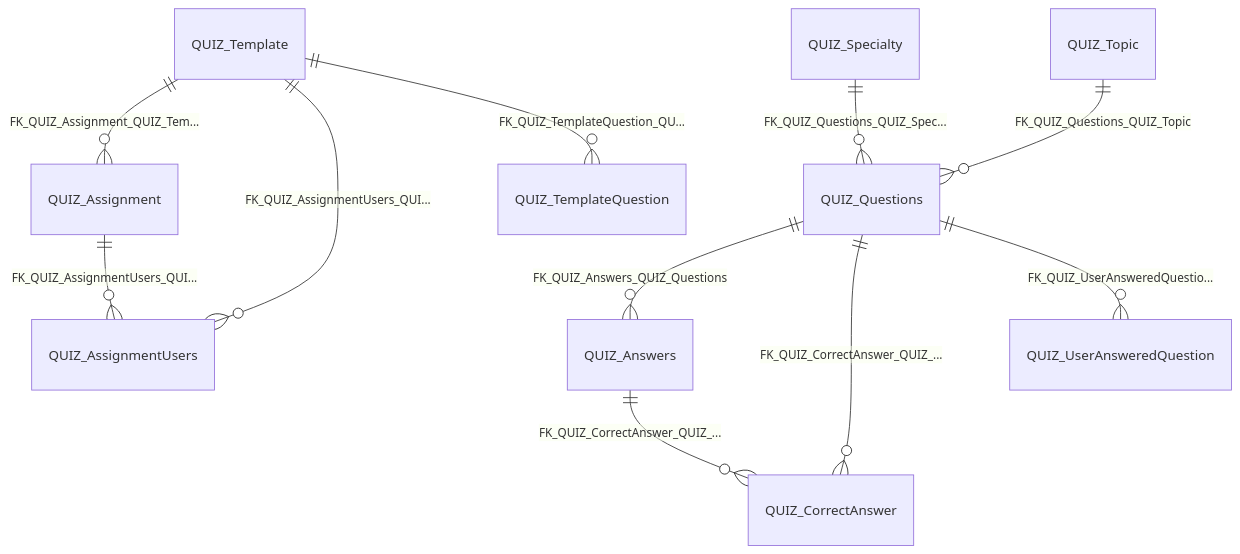
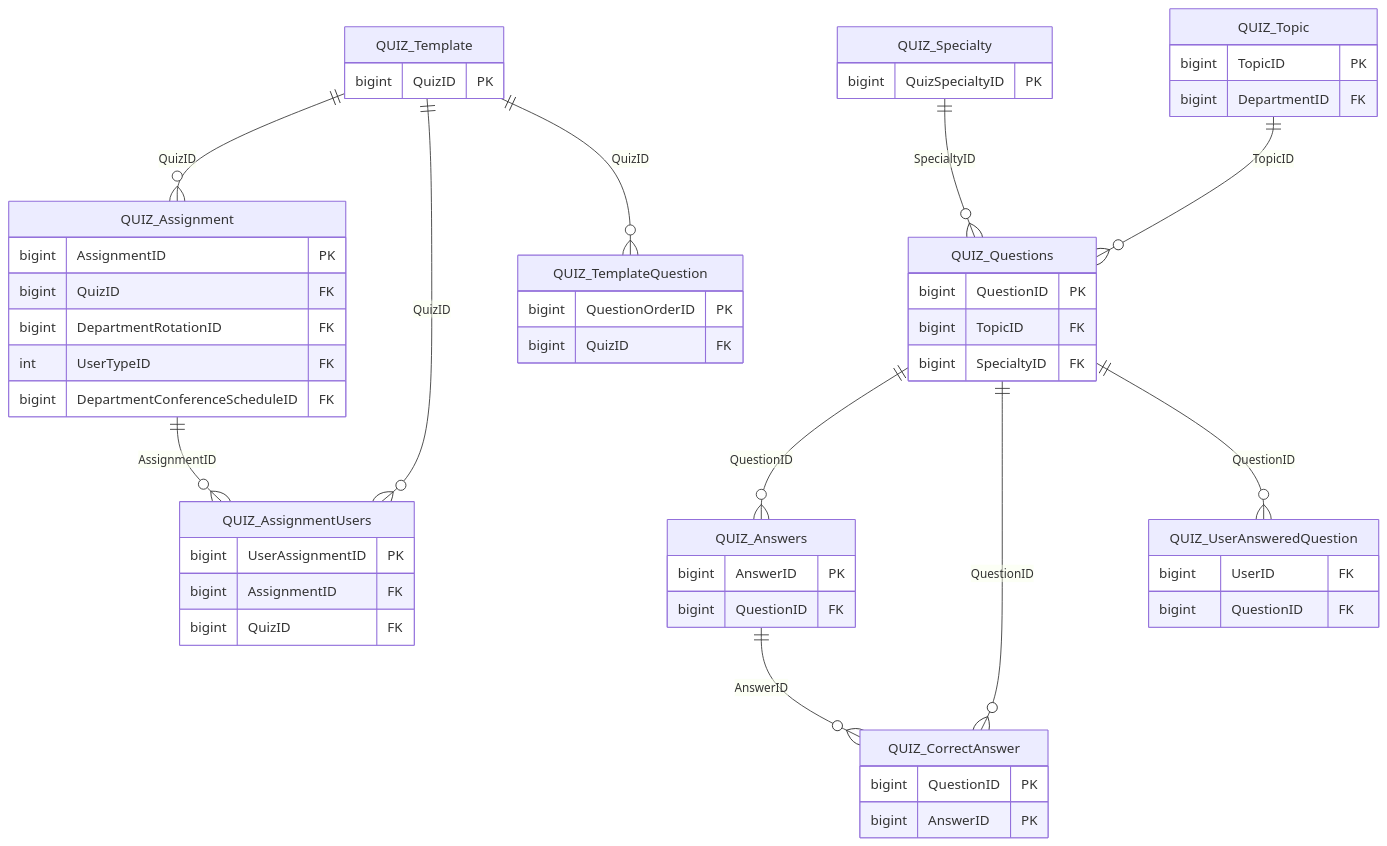
One commit to myevaluations/myevals-docs changed the diagram in docs/database/modules/quizzes.mdx. Above: the diagram before and after it, drawn with Mermaid. The commit also changed other lines of this file and 26 other files, not shown here.

First line of the commit message:
feat: regenerate all database pages with column data and improved ER diagrams

````diff
--- a/docs/database/modules/quizzes.mdx
+++ b/docs/database/modules/quizzes.mdx
@@ -16,13 +16,56 @@
 ```mermaid
 erDiagram
-    QUIZ_Questions ||--o{ QUIZ_Answers : "FK_QUIZ_Answers_QUIZ_Questions"
-    QUIZ_Template ||--o{ QUIZ_Assignment : "FK_QUIZ_Assignment_QUIZ_Tem..."
-    QUIZ_Assignment ||--o{ QUIZ_AssignmentUsers : "FK_QUIZ_AssignmentUsers_QUI..."
-    QUIZ_Template ||--o{ QUIZ_AssignmentUsers : "FK_QUIZ_AssignmentUsers_QUI..."
-    QUIZ_Questions ||--o{ QUIZ_CorrectAnswer : "FK_QUIZ_CorrectAnswer_QUIZ_..."
-    QUIZ_Answers ||--o{ QUIZ_CorrectAnswer : "FK_QUIZ_CorrectAnswer_QUIZ_..."
-    QUIZ_Specialty ||--o{ QUIZ_Questions : "FK_QUIZ_Questions_QUIZ_Spec..."
-    QUIZ_Topic ||--o{ QUIZ_Questions : "FK_QUIZ_Questions_QUIZ_Topic"
-    QUIZ_Template ||--o{ QUIZ_TemplateQuestion : "FK_QUIZ_TemplateQuestion_QU..."
-    QUIZ_Questions ||--o{ QUIZ_UserAnsweredQuestion : "FK_QUIZ_UserAnsweredQuestio..."
+    QUIZ_Answers {
+        bigint AnswerID PK
+        bigint QuestionID FK
+    }
+    QUIZ_Assignment {
+        bigint AssignmentID PK
+        bigint QuizID FK
+        bigint DepartmentRotationID FK
+        int UserTypeID FK
+        bigint DepartmentConferenceScheduleID FK
+    }
+    QUIZ_AssignmentUsers {
+        bigint UserAssignmentID PK
+        bigint AssignmentID FK
+        bigint QuizID FK
+    }
+    QUIZ_CorrectAnswer {
+        bigint QuestionID PK
+        bigint AnswerID PK
+    }
+    QUIZ_Questions {
+        bigint QuestionID PK
+        bigint TopicID FK
+        bigint SpecialtyID FK
+    }
+    QUIZ_Specialty {
+        bigint QuizSpecialtyID PK
+    }
+    QUIZ_Template {
+        bigint QuizID PK
+    }
+    QUIZ_TemplateQuestion {
+        bigint QuestionOrderID PK
+        bigint QuizID FK
+    }
+    QUIZ_Topic {
+        bigint TopicID PK
+        bigint DepartmentID FK
+    }
+    QUIZ_UserAnsweredQuestion {
+        bigint UserID FK
+        bigint QuestionID FK
+    }
+    QUIZ_Questions ||--o{ QUIZ_Answers : "QuestionID"
+    QUIZ_Template ||--o{ QUIZ_Assignment : "QuizID"
+    QUIZ_Assignment ||--o{ QUIZ_AssignmentUsers : "AssignmentID"
+    QUIZ_Template ||--o{ QUIZ_AssignmentUsers : "QuizID"
+    QUIZ_Answers ||--o{ QUIZ_CorrectAnswer : "AnswerID"
+    QUIZ_Questions ||--o{ QUIZ_CorrectAnswer : "QuestionID"
+    QUIZ_Specialty ||--o{ QUIZ_Questions : "SpecialtyID"
+    QUIZ_Topic ||--o{ QUIZ_Questions : "TopicID"
+    QUIZ_Template ||--o{ QUIZ_TemplateQuestion : "QuizID"
+    QUIZ_Questions ||--o{ QUIZ_UserAnsweredQuestion : "QuestionID"
 ```
````
